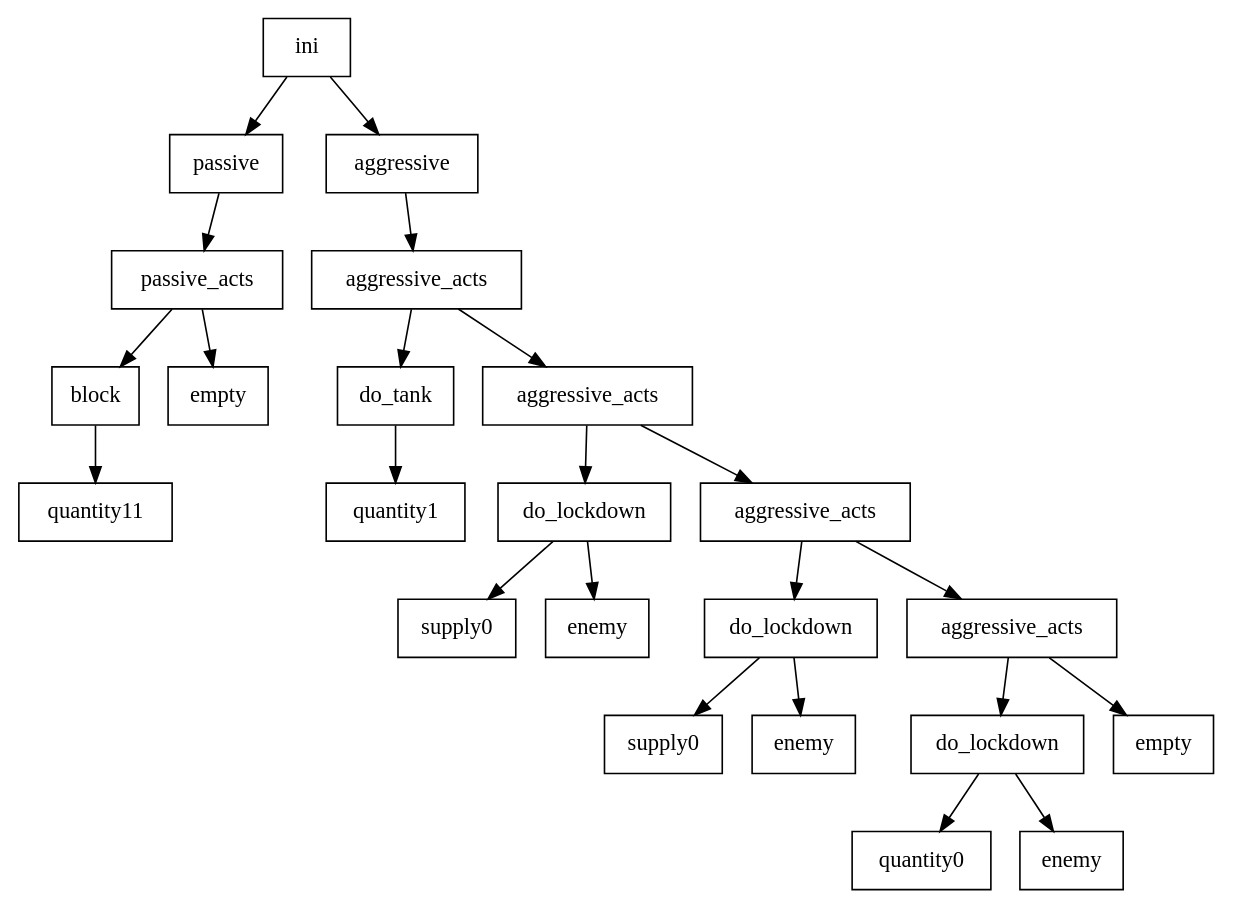
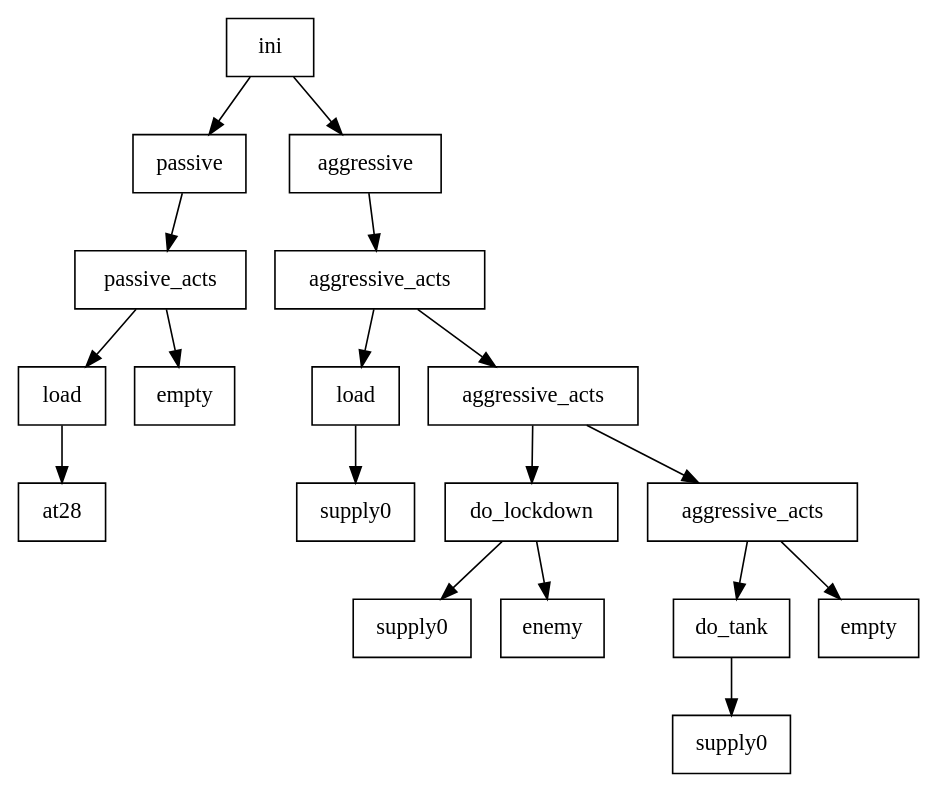
One commit to cryogenic-dreams/StarCraft-GPBot changed the diagram in GPBot/file2.dot. Above: the diagram before and after it, drawn with Graphviz. The commit also changed 17 other files, not shown here.

```diff
--- a/GPBot/file2.dot
+++ b/GPBot/file2.dot
@@ -1,49 +1,39 @@
 digraph g {
 graph [ordering=out];
 node [shape=rectangle];
 n[label = "ini"];
 n0[label = "passive"];
 n00[label = "passive_acts"];
-n000[label = "block"];
-n0000[label = "quantity11"];
+n000[label = "load"];
+n0000[label = "at28"];
 n000 -> n0000;
 n00 -> n000;
 n001[label = "empty"];
 n00 -> n001;
 n0 -> n00;
 n -> n0;
 n1[label = "aggressive"];
 n10[label = "aggressive_acts"];
-n100[label = "do_tank"];
-n1000[label = "quantity1"];
+n100[label = "load"];
+n1000[label = "supply0"];
 n100 -> n1000;
 n10 -> n100;
 n101[label = "aggressive_acts"];
 n1010[label = "do_lockdown"];
 n10100[label = "supply0"];
 n1010 -> n10100;
 n10101[label = "enemy"];
 n1010 -> n10101;
 n101 -> n1010;
 n1011[label = "aggressive_acts"];
-n10110[label = "do_lockdown"];
+n10110[label = "do_tank"];
 n101100[label = "supply0"];
 n10110 -> n101100;
-n101101[label = "enemy"];
-n10110 -> n101101;
 n1011 -> n10110;
-n10111[label = "aggressive_acts"];
-n101110[label = "do_lockdown"];
-n1011100[label = "quantity0"];
-n101110 -> n1011100;
-n1011101[label = "enemy"];
-n101110 -> n1011101;
-n10111 -> n101110;
-n101111[label = "empty"];
-n10111 -> n101111;
+n10111[label = "empty"];
 n1011 -> n10111;
 n101 -> n1011;
 n10 -> n101;
 n1 -> n10;
 n -> n1;
 }
```
